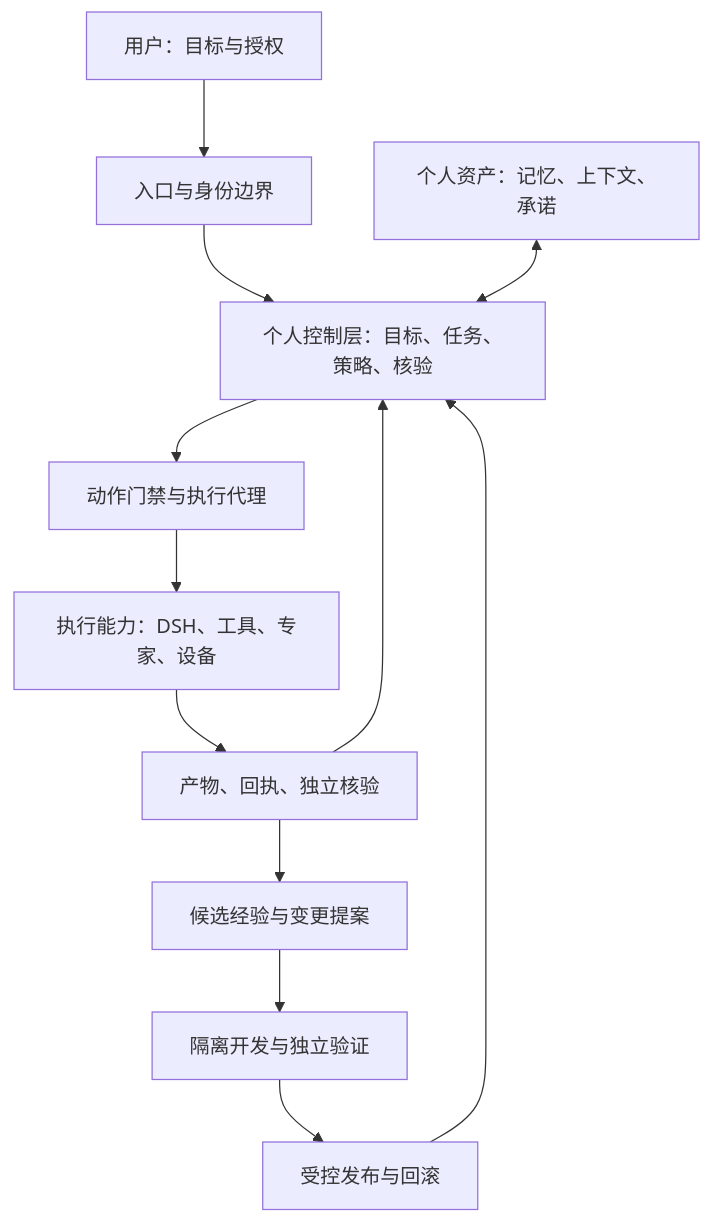
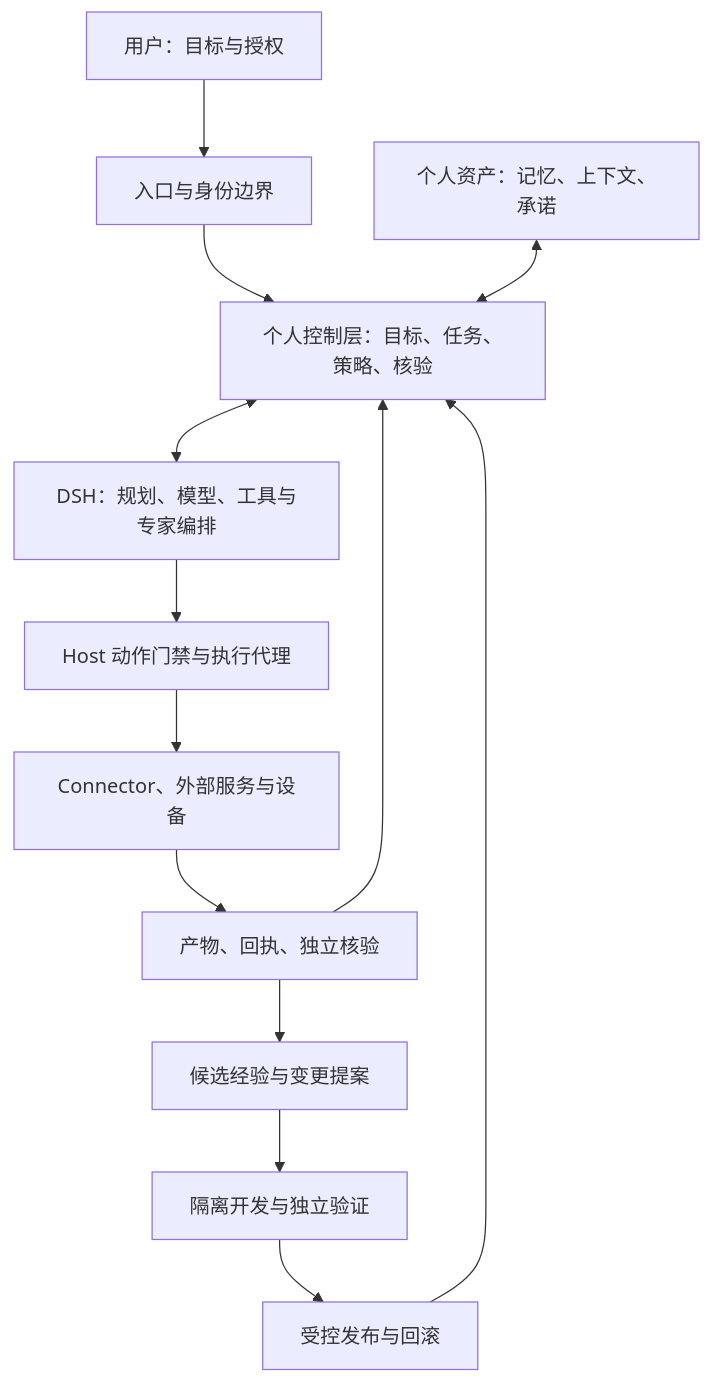
One commit to lapixiaoxin/personal-assistant changed the diagram in docs/design/02-architecture.md. Above: the diagram before and after it, drawn with Mermaid. The commit also changed other lines of this file and 18 other files, not shown here.

Commit message:
docs: design DSH-centered lumi architecture (SPEC-0003)

````diff
--- a/docs/design/02-architecture.md
+++ b/docs/design/02-architecture.md
@@ -11,14 +13,15 @@
 ```mermaid
 flowchart TB
   U[用户：目标与授权] --> G[入口与身份边界]
   G --> C[个人控制层：目标、任务、策略、核验]
   P[个人资产：记忆、上下文、承诺] <--> C
-  C --> B[动作门禁与执行代理]
-  B --> X[执行能力：DSH、工具、专家、设备]
+  C <--> D[DSH：规划、模型、工具与专家编排]
+  D --> B[Host 动作门禁与执行代理]
+  B --> X[Connector、外部服务与设备]
   X --> V[产物、回执、独立核验]
   V --> C
   V --> E[候选经验与变更提案]
   E --> F[隔离开发与独立验证]
   F --> R[受控发布与回滚]
   R --> C
 ```
````
